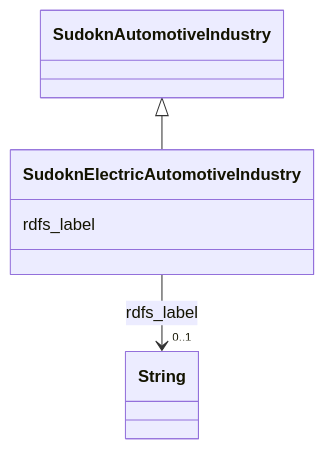
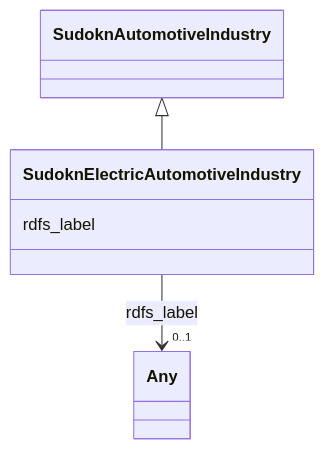
The diagram in sudokn-kg/classes/SudoknElectricAutomotiveIndustry.md (frink-okn/graph-descriptions), drawn with Mermaid before and after one commit. The commit also changed other lines of this file and 903 other files, not shown here.

````diff
--- a/sudokn-kg/classes/SudoknElectricAutomotiveIndustry.md
+++ b/sudokn-kg/classes/SudoknElectricAutomotiveIndustry.md
@@ -23,18 +16,18 @@
 ```mermaid
  classDiagram
     class SudoknElectricAutomotiveIndustry
     click SudoknElectricAutomotiveIndustry href "../SudoknElectricAutomotiveIndustry"
       SudoknAutomotiveIndustry <|-- SudoknElectricAutomotiveIndustry
         click SudoknAutomotiveIndustry href "../SudoknAutomotiveIndustry"
       
       SudoknElectricAutomotiveIndustry : rdfs_label
         
           
     
     
-    SudoknElectricAutomotiveIndustry --> "0..1" String : rdfs_label
-    click String href "../String"
+    SudoknElectricAutomotiveIndustry --> "0..1" Any : rdfs_label
+    click Any href "../Any"
 
         
       
 ```
````
